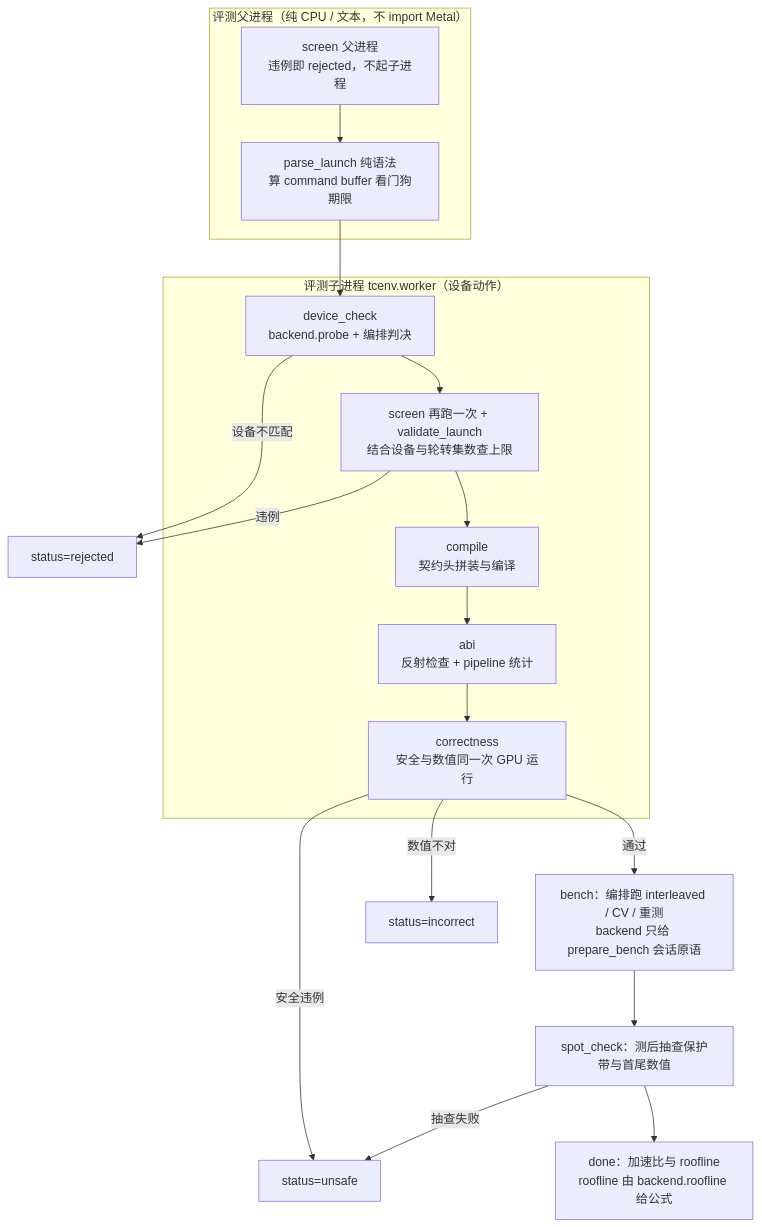
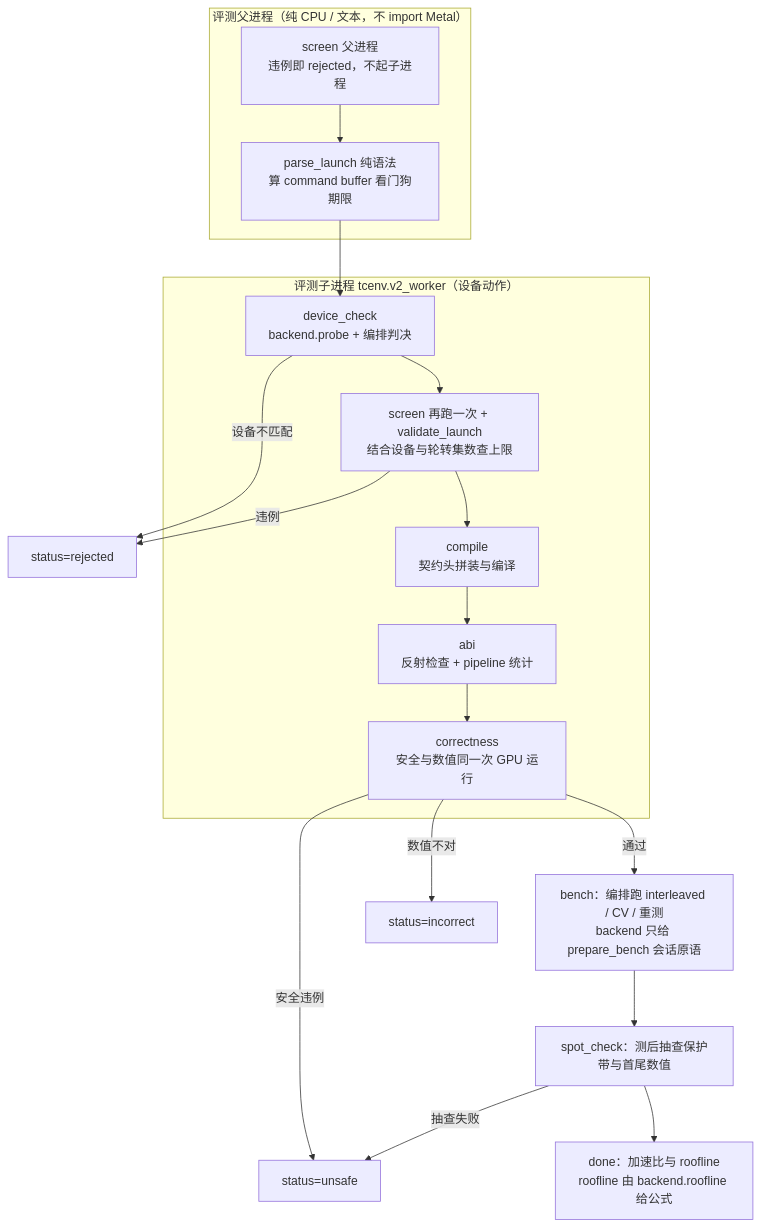
One commit to kuafuwang/ShapeForge changed the fourth of 7 diagrams in docs/架构/评测.md. Above: the diagram before and after it, drawn with Mermaid. The commit also changed other lines of this file and 93 other files, not shown here.

````diff
--- a/docs/架构/评测.md
+++ b/docs/架构/评测.md
@@ -336,30 +335,30 @@
 ```mermaid
 flowchart TD
   subgraph P["评测父进程（纯 CPU / 文本，不 import Metal）"]
     B["screen 父进程<br/>违例即 rejected，不起子进程"]
     L["parse_launch 纯语法<br/>算 command buffer 看门狗期限"]
   end
 
-  subgraph W["评测子进程 tcenv.worker（设备动作）"]
+  subgraph W["评测子进程 tcenv.v2_worker（设备动作）"]
     A["device_check<br/>backend.probe + 编排判决"]
     S["screen 再跑一次 + validate_launch<br/>结合设备与轮转集数查上限"]
     C["compile<br/>契约头拼装与编译"]
     AB["abi<br/>反射检查 + pipeline 统计"]
     CR["correctness<br/>安全与数值同一次 GPU 运行"]
   end
 
   BN["bench：编排跑 interleaved / CV / 重测<br/>backend 只给 prepare_bench 会话原语"]
   SP["spot_check：测后抽查保护带与首尾数值"]
   D["done：加速比与 roofline<br/>roofline 由 backend.roofline 给公式"]
 
   B --> L --> A
   A -->|设备不匹配| R["status=rejected"]
   A --> S
   S -->|违例| R
   S --> C --> AB --> CR
   CR -->|安全违例| U["status=unsafe"]
   CR -->|数值不对| I["status=incorrect"]
   CR -->|通过| BN --> SP
   SP -->|抽查失败| U
   SP --> D
 ```
````
